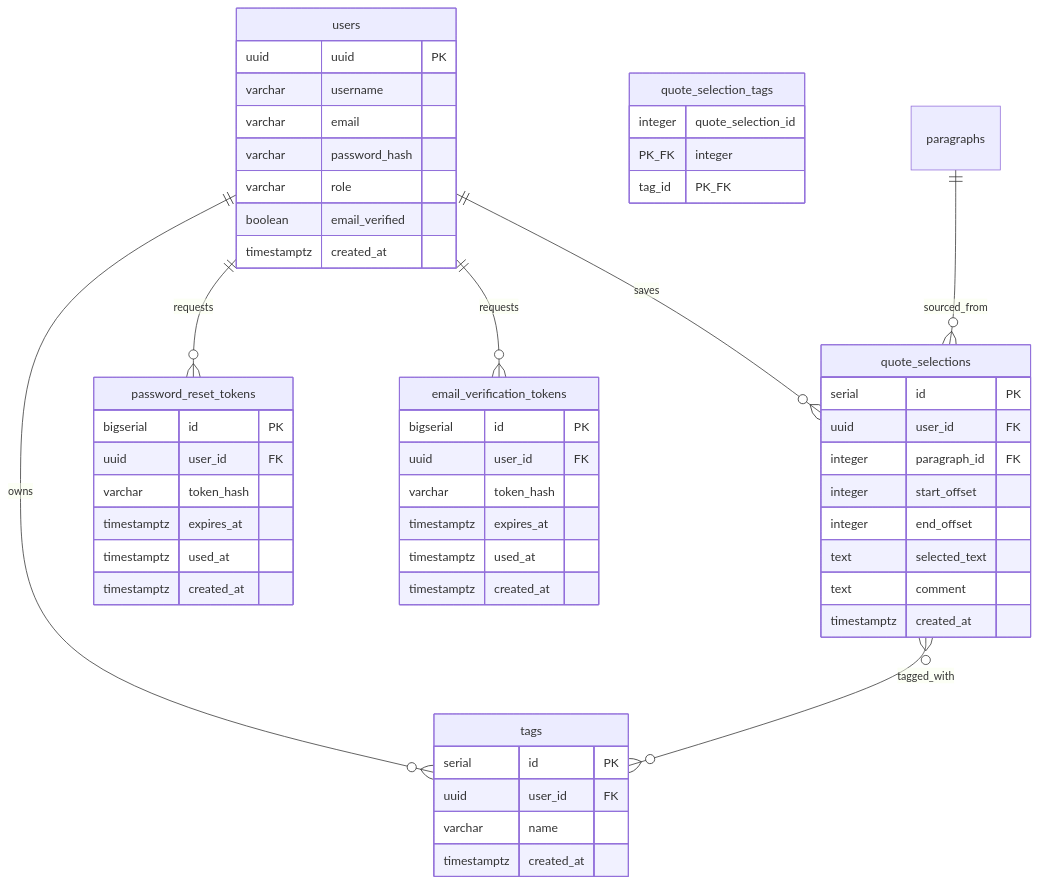
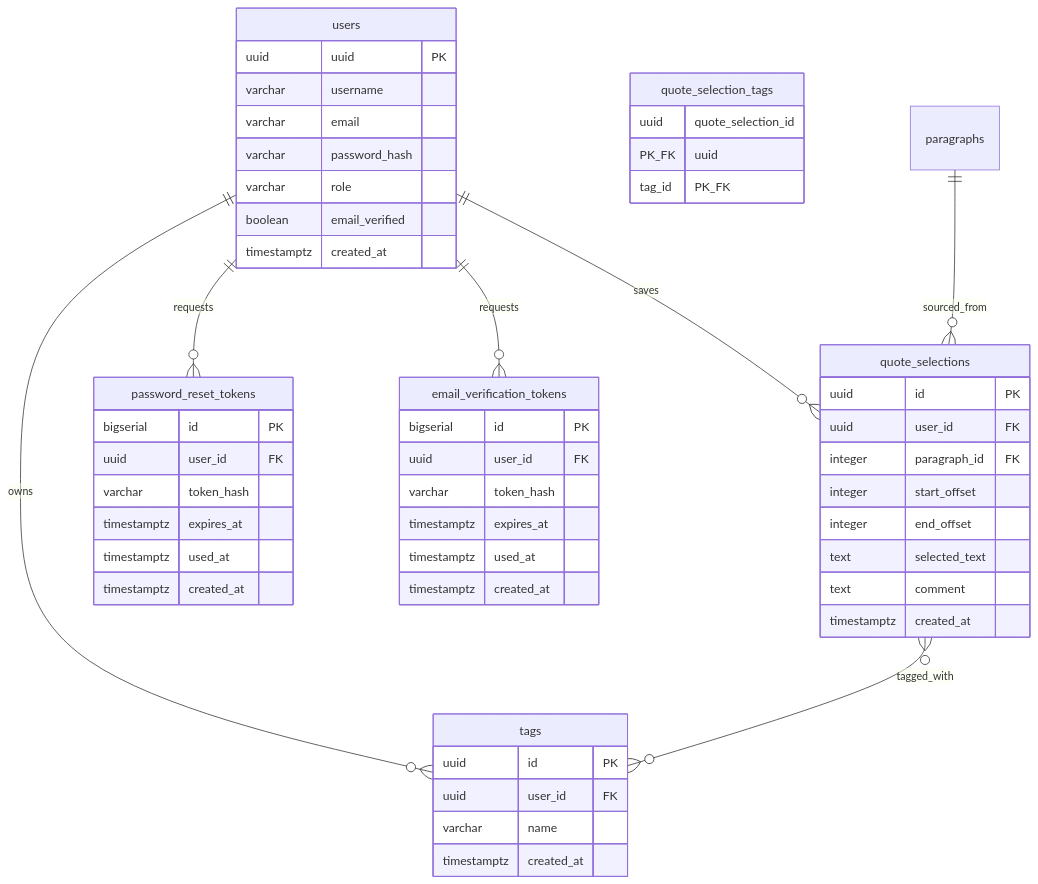
Before and after one commit to ChloeDelphis/proust-club: the second of 2 diagrams in docs/architecture/data-model.md, drawn with Mermaid. The commit also changed other lines of this file and 3 other files, not shown here.

````diff
--- a/docs/architecture/data-model.md
+++ b/docs/architecture/data-model.md
@@ -66,61 +66,61 @@
 ```mermaid
 erDiagram
     users {
         uuid    uuid PK
         varchar username
         varchar email
         varchar password_hash
         varchar role
         boolean email_verified
         timestamptz created_at
     }
 
     quote_selections {
-        serial  id PK
+        uuid    id PK
         uuid    user_id FK
         integer paragraph_id FK
         integer start_offset
         integer end_offset
         text    selected_text
         text    comment
         timestamptz created_at
     }
 
     password_reset_tokens {
         bigserial id PK
         uuid      user_id FK
         varchar   token_hash
         timestamptz expires_at
         timestamptz used_at
         timestamptz created_at
     }
 
     email_verification_tokens {
         bigserial id PK
         uuid      user_id FK
         varchar   token_hash
         timestamptz expires_at
         timestamptz used_at
         timestamptz created_at
     }
 
     users ||--o{ password_reset_tokens     : requests
     users ||--o{ email_verification_tokens : requests
 
     tags {
-        serial  id PK
+        uuid    id PK
         uuid    user_id FK
         varchar name
         timestamptz created_at
     }
 
     quote_selection_tags {
-        integer quote_selection_id PK_FK
-        integer tag_id PK_FK
+        uuid quote_selection_id PK_FK
+        uuid tag_id PK_FK
     }
 
     users          ||--o{ quote_selections     : saves
     paragraphs     ||--o{ quote_selections     : sourced_from
     users          ||--o{ tags                 : owns
     quote_selections }o--o{ tags               : tagged_with
 ```
````
